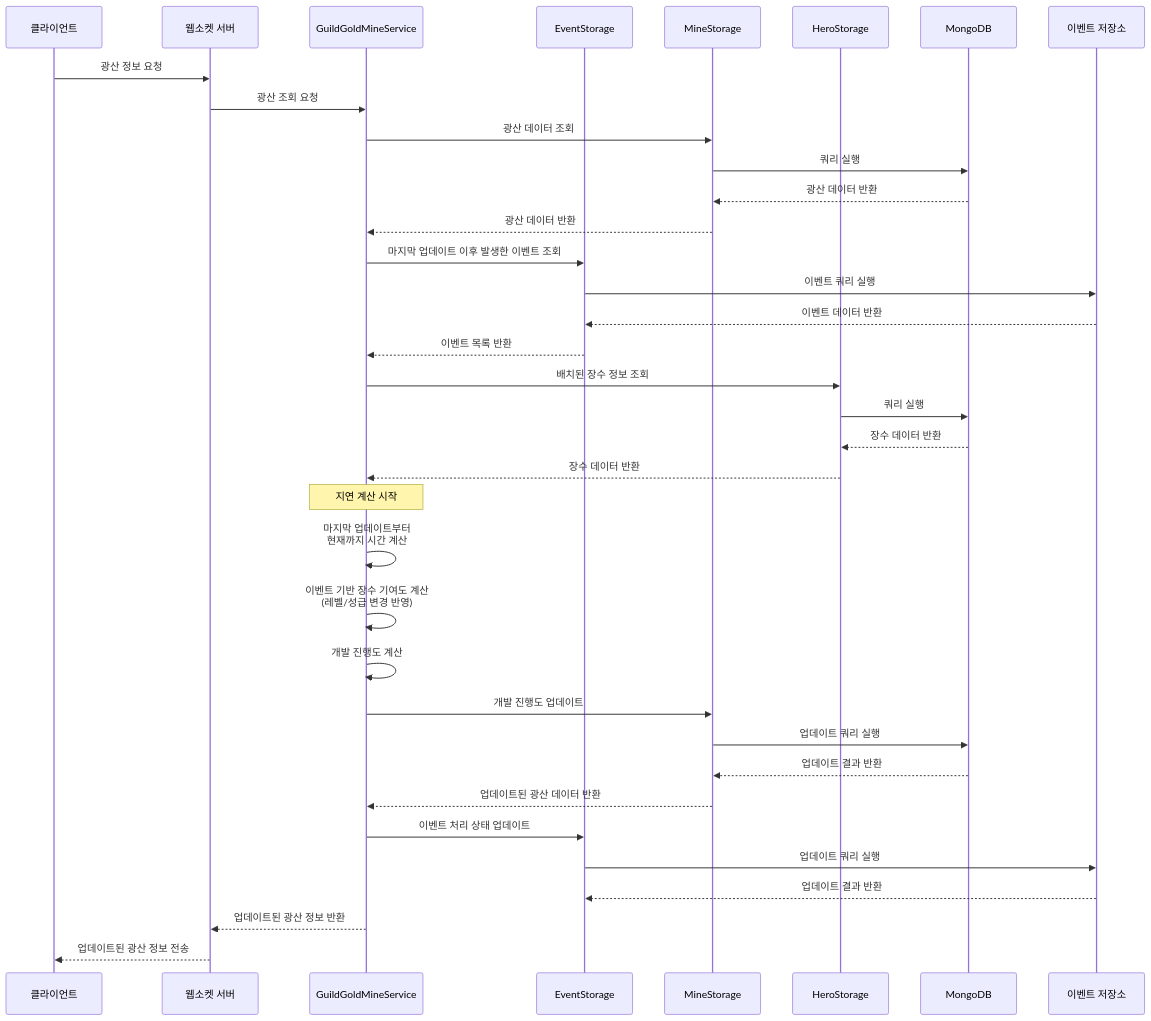
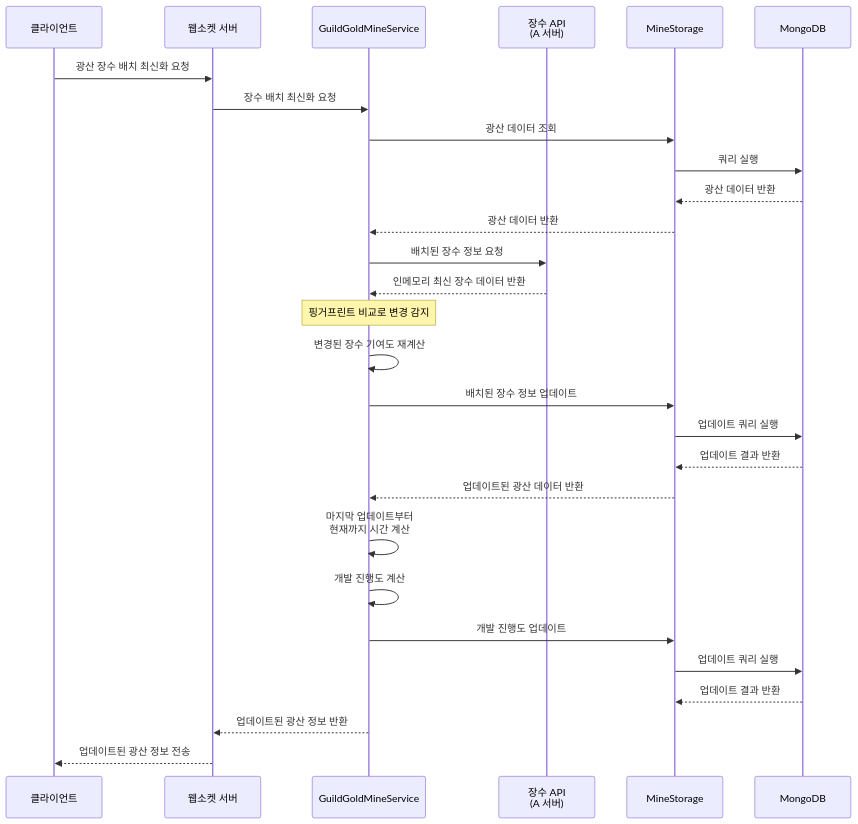
Before and after one commit to homveloper/boss-raid-game: the fourth of 5 diagrams in transport/GuildGoldMine.md, drawn with Mermaid. The commit also changed other lines of this file, not shown here.

Commit message:
feat: 광산 장수 배치 최신화 및 기여도 계산 방식 개선

````diff
--- a/transport/GuildGoldMine.md
+++ b/transport/GuildGoldMine.md
@@ -445,54 +443,45 @@
 ```mermaid
 sequenceDiagram
     participant Client as 클라이언트
     participant WebSocket as 웹소켓 서버
     participant GuildMine as GuildGoldMineService
-    participant EventStorage as EventStorage
+    participant HeroAPI as 장수 API<br/>(A 서버)
     participant MineStorage as MineStorage
-    participant HeroStorage as HeroStorage
     participant MongoDB as MongoDB
-    participant EventDB as 이벤트 저장소
 
-    %% 1. 광산 정보 요청
-    Client->>WebSocket: 광산 정보 요청
-    WebSocket->>GuildMine: 광산 조회 요청
+    %% 1. 클라이언트에서 광산 장수 배치 최신화 요청
+    Client->>WebSocket: 광산 장수 배치 최신화 요청
+    WebSocket->>GuildMine: 장수 배치 최신화 요청
 
     %% 2. 광산 데이터 조회
     GuildMine->>MineStorage: 광산 데이터 조회
     MineStorage->>MongoDB: 쿼리 실행
     MongoDB-->>MineStorage: 광산 데이터 반환
     MineStorage-->>GuildMine: 광산 데이터 반환
 
-    %% 3. 미처리된 이벤트 조회
-    GuildMine->>EventStorage: 마지막 업데이트 이후 발생한 이벤트 조회
-    EventStorage->>EventDB: 이벤트 쿼리 실행
-    EventDB-->>EventStorage: 이벤트 데이터 반환
-    EventStorage-->>GuildMine: 이벤트 목록 반환
+    %% 3. 배치된 장수 최신 데이터 조회
+    GuildMine->>HeroAPI: 배치된 장수 정보 요청
+    HeroAPI-->>GuildMine: 인메모리 최신 장수 데이터 반환
 
-    %% 4. 배치된 장수 정보 조회
-    GuildMine->>HeroStorage: 배치된 장수 정보 조회
-    HeroStorage->>MongoDB: 쿼리 실행
-    MongoDB-->>HeroStorage: 장수 데이터 반환
-    HeroStorage-->>GuildMine: 장수 데이터 반환
+    %% 4. 변경 감지 및 기여도 업데이트
+    Note over GuildMine: 핑거프린트 비교로 변경 감지
+    GuildMine->>GuildMine: 변경된 장수 기여도 재계산
 
-    %% 5. 지연 계산 수행
-    Note over GuildMine: 지연 계산 시작
-    GuildMine->>GuildMine: 마지막 업데이트부터<br/>현재까지 시간 계산
-    GuildMine->>GuildMine: 이벤트 기반 장수 기여도 계산<br/>(레벨/성급 변경 반영)
-    GuildMine->>GuildMine: 개발 진행도 계산
-
-    %% 6. 광산 데이터 업데이트
-    GuildMine->>MineStorage: 개발 진행도 업데이트
+    %% 5. 광산 데이터 업데이트
+    GuildMine->>MineStorage: 배치된 장수 정보 업데이트
     MineStorage->>MongoDB: 업데이트 쿼리 실행
     MongoDB-->>MineStorage: 업데이트 결과 반환
     MineStorage-->>GuildMine: 업데이트된 광산 데이터 반환
 
-    %% 7. 이벤트 처리 상태 업데이트
-    GuildMine->>EventStorage: 이벤트 처리 상태 업데이트
-    EventStorage->>EventDB: 업데이트 쿼리 실행
-    EventDB-->>EventStorage: 업데이트 결과 반환
+    %% 6. 개발 진행도 계산 및 업데이트
+    GuildMine->>GuildMine: 마지막 업데이트부터<br/>현재까지 시간 계산
+    GuildMine->>GuildMine: 개발 진행도 계산
 
-    %% 8. 클라이언트에 응답
+    GuildMine->>MineStorage: 개발 진행도 업데이트
+    MineStorage->>MongoDB: 업데이트 쿼리 실행
+    MongoDB-->>MineStorage: 업데이트 결과 반환
+
+    %% 7. 클라이언트에 응답
     GuildMine-->>WebSocket: 업데이트된 광산 정보 반환
     WebSocket-->>Client: 업데이트된 광산 정보 전송
 ```
````
